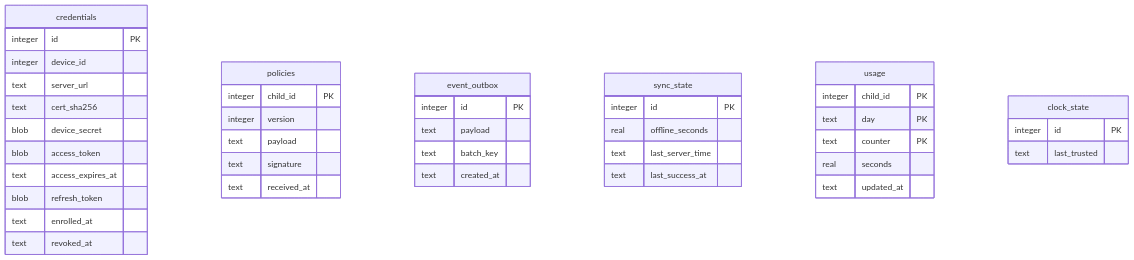
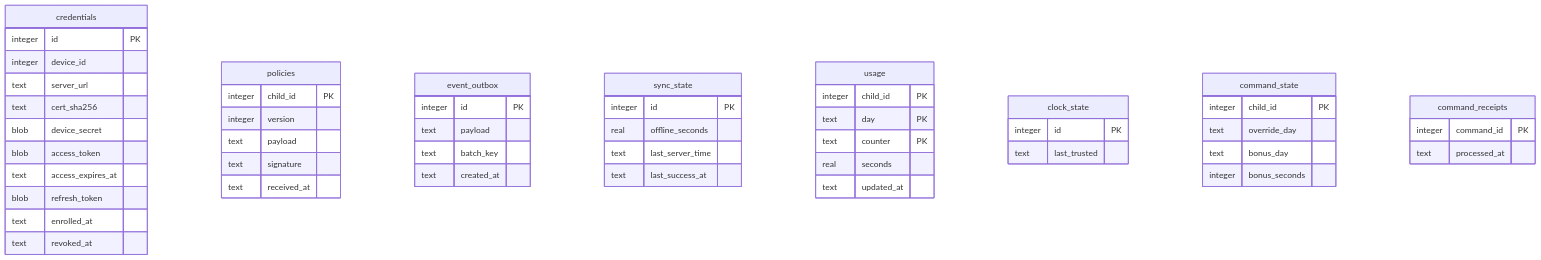
Before and after one commit to nmtrong1000/ogk: the diagram in ogk-agent/migrations/DB_SCHEMA.md, drawn with Mermaid. The commit also changed other lines of this file and 26 other files, not shown here.

````diff
--- a/ogk-agent/migrations/DB_SCHEMA.md
+++ b/ogk-agent/migrations/DB_SCHEMA.md
@@ -12,45 +12,55 @@
 ```mermaid
 erDiagram
     credentials {
         integer id PK
         integer device_id
         text server_url
         text cert_sha256
         blob device_secret
         blob access_token
         text access_expires_at
         blob refresh_token
         text enrolled_at
         text revoked_at
     }
     policies {
         integer child_id PK
         integer version
         text payload
         text signature
         text received_at
     }
     event_outbox {
         integer id PK
         text payload
         text batch_key
         text created_at
     }
     sync_state {
         integer id PK
         real offline_seconds
         text last_server_time
         text last_success_at
     }
     usage {
         integer child_id PK
         text day PK
         text counter PK
         real seconds
         text updated_at
     }
     clock_state {
         integer id PK
         text last_trusted
     }
+    command_state {
+        integer child_id PK
+        text override_day
+        text bonus_day
+        integer bonus_seconds
+    }
+    command_receipts {
+        integer command_id PK
+        text processed_at
+    }
 ```
````
